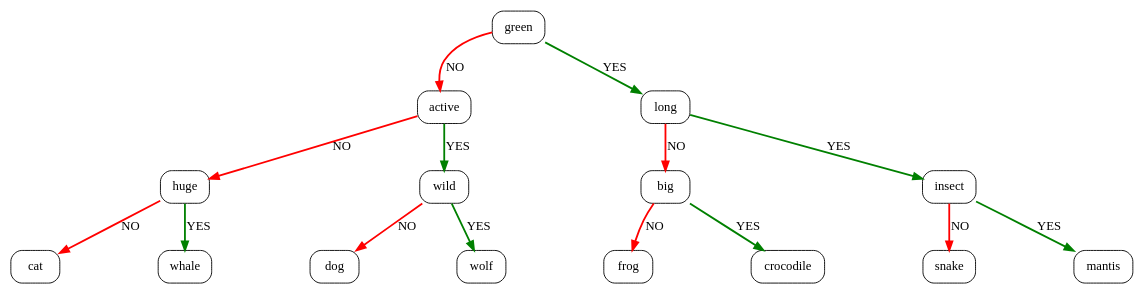
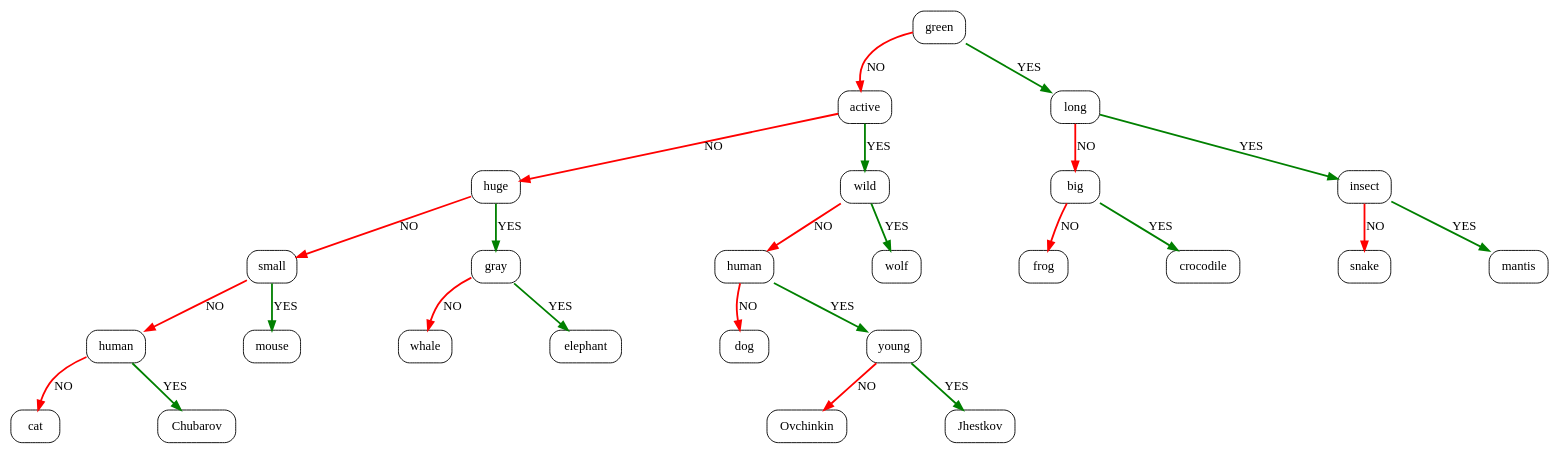
The diagram in graphs/tree_a_graph_0.dot (XFireFall/c_akinator), drawn with Graphviz before and after one commit. The commit also changed 9 other files, not shown here.

```diff
--- a/graphs/tree_a_graph_0.dot
+++ b/graphs/tree_a_graph_0.dot
@@ -1,20 +1,55 @@
 digraph tree_a_graph_0
 {
 rankdir = TB;
 node [shape = Mrecord];
 nodesep = 1.5;
-"green" -> "active" [color = "red" penwidth = 2.0 label = "NO"];
-"green" -> "long" [color = "green" penwidth = 2.0 label = "YES"];
-"active" -> "huge" [color = "red" penwidth = 2.0 label = "NO"];
-"active" -> "wild" [color = "green" penwidth = 2.0 label = "YES"];
-"huge" -> "cat" [color = "red" penwidth = 2.0 label = "NO"];
-"huge" -> "whale" [color = "green" penwidth = 2.0 label = "YES"];
-"wild" -> "dog" [color = "red" penwidth = 2.0 label = "NO"];
-"wild" -> "wolf" [color = "green" penwidth = 2.0 label = "YES"];
-"long" -> "big" [color = "red" penwidth = 2.0 label = "NO"];
-"long" -> "insect" [color = "green" penwidth = 2.0 label = "YES"];
-"big" -> "frog" [color = "red" penwidth = 2.0 label = "NO"];
-"big" -> "crocodile" [color = "green" penwidth = 2.0 label = "YES"];
-"insect" -> "snake" [color = "red" penwidth = 2.0 label = "NO"];
-"insect" -> "mantis" [color = "green" penwidth = 2.0 label = "YES"];
+0 [label = "green"]
+0 -> 1 [color = "red" penwidth = 2.0 label = "NO"];
+1 [label = "active"]
+1 -> 2 [color = "red" penwidth = 2.0 label = "NO"];
+2 [label = "huge"]
+2 -> 3 [color = "red" penwidth = 2.0 label = "NO"];
+3 [label = "small"]
+3 -> 4 [color = "red" penwidth = 2.0 label = "NO"];
+4 [label = "human"]
+4 -> 5 [color = "red" penwidth = 2.0 label = "NO"];
+5 [label = "cat"]
+4 -> 6 [color = "green" penwidth = 2.0 label = "YES"];
+6 [label = "Chubarov"]
+3 -> 7 [color = "green" penwidth = 2.0 label = "YES"];
+7 [label = "mouse"]
+2 -> 8 [color = "green" penwidth = 2.0 label = "YES"];
+8 [label = "gray"]
+8 -> 9 [color = "red" penwidth = 2.0 label = "NO"];
+9 [label = "whale"]
+8 -> 10 [color = "green" penwidth = 2.0 label = "YES"];
+10 [label = "elephant"]
+1 -> 11 [color = "green" penwidth = 2.0 label = "YES"];
+11 [label = "wild"]
+11 -> 12 [color = "red" penwidth = 2.0 label = "NO"];
+12 [label = "human"]
+12 -> 13 [color = "red" penwidth = 2.0 label = "NO"];
+13 [label = "dog"]
+12 -> 14 [color = "green" penwidth = 2.0 label = "YES"];
+14 [label = "young"]
+14 -> 15 [color = "red" penwidth = 2.0 label = "NO"];
+15 [label = "Ovchinkin"]
+14 -> 16 [color = "green" penwidth = 2.0 label = "YES"];
+16 [label = "Jhestkov"]
+11 -> 17 [color = "green" penwidth = 2.0 label = "YES"];
+17 [label = "wolf"]
+0 -> 18 [color = "green" penwidth = 2.0 label = "YES"];
+18 [label = "long"]
+18 -> 19 [color = "red" penwidth = 2.0 label = "NO"];
+19 [label = "big"]
+19 -> 20 [color = "red" penwidth = 2.0 label = "NO"];
+20 [label = "frog"]
+19 -> 21 [color = "green" penwidth = 2.0 label = "YES"];
+21 [label = "crocodile"]
+18 -> 22 [color = "green" penwidth = 2.0 label = "YES"];
+22 [label = "insect"]
+22 -> 23 [color = "red" penwidth = 2.0 label = "NO"];
+23 [label = "snake"]
+22 -> 24 [color = "green" penwidth = 2.0 label = "YES"];
+24 [label = "mantis"]
 }
```
